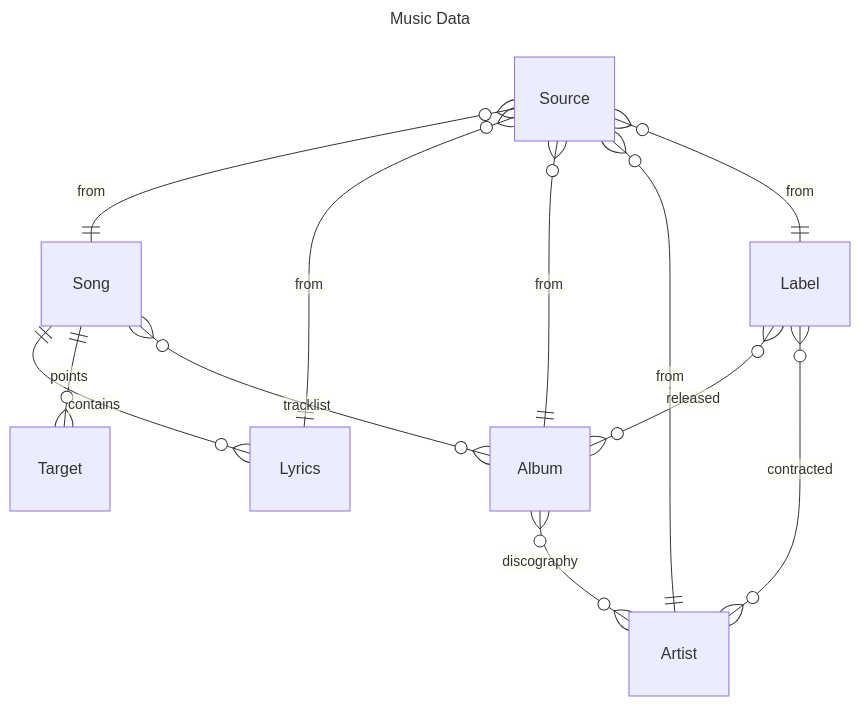
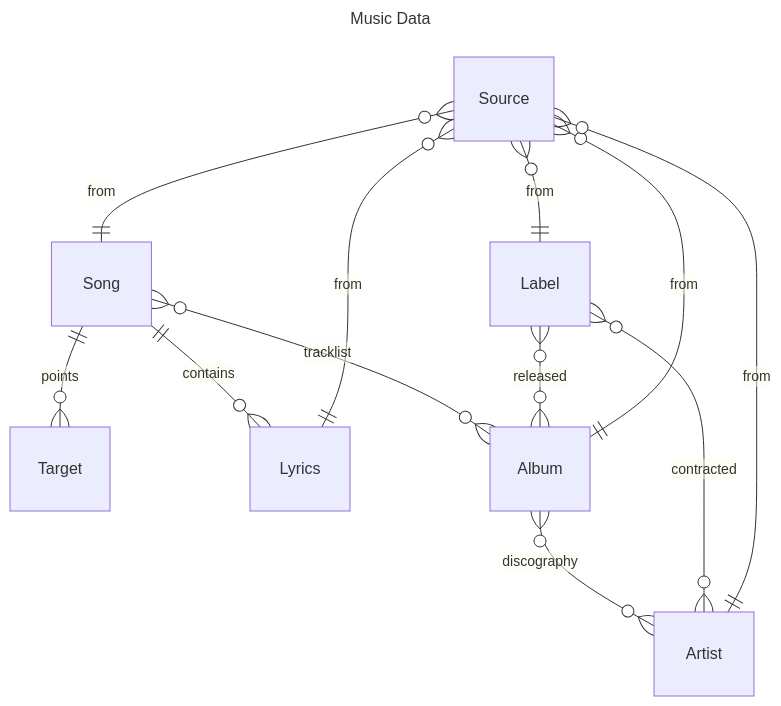
One commit to HeIIow2/music-downloader changed the second of 3 diagrams in README.md. Above: the diagram before and after it, drawn with Mermaid.

````diff
--- a/README.md
+++ b/README.md
@@ -102,49 +102,55 @@
 ```mermaid
 ---
 title: Music Data
 ---
 erDiagram
+
+
+
+Target {
+
+}
+
+Lyrics {
+
+}
 
 Song {
 
 }
 
 Album {
 
 }
 
 Artist {
 
 }
 
 Label {
 
 }
 
 Source {
 
 }
 
-Target {
 
-}
 
-Lyrics {
 
-}
 
 Song ||--o{ Lyrics : contains
 Song ||--o{ Target : points
 
 Song }o--o{ Album : tracklist
 Album }o--o{ Artist : discography
 
 Label }o--o{ Album : released
 Label }o--o{ Artist : contracted
 
 Source }o--|| Song : from
 Source }o--|| Lyrics : from
 Source }o--|| Album : from
 Source }o--|| Artist : from
 Source }o--|| Label : from
 ```
````
